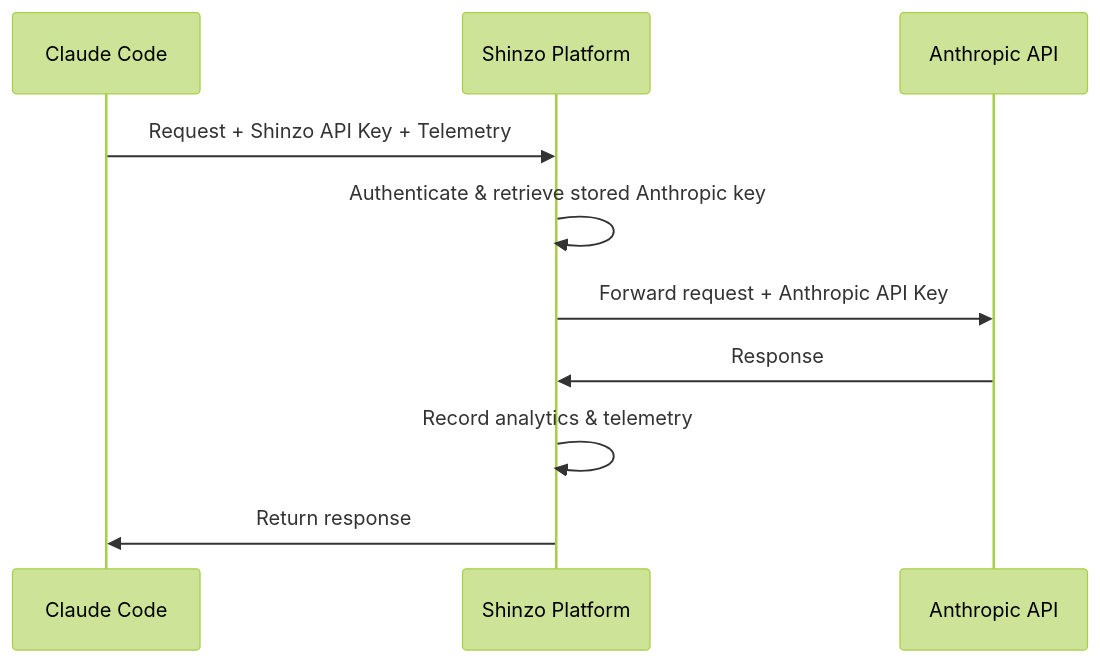
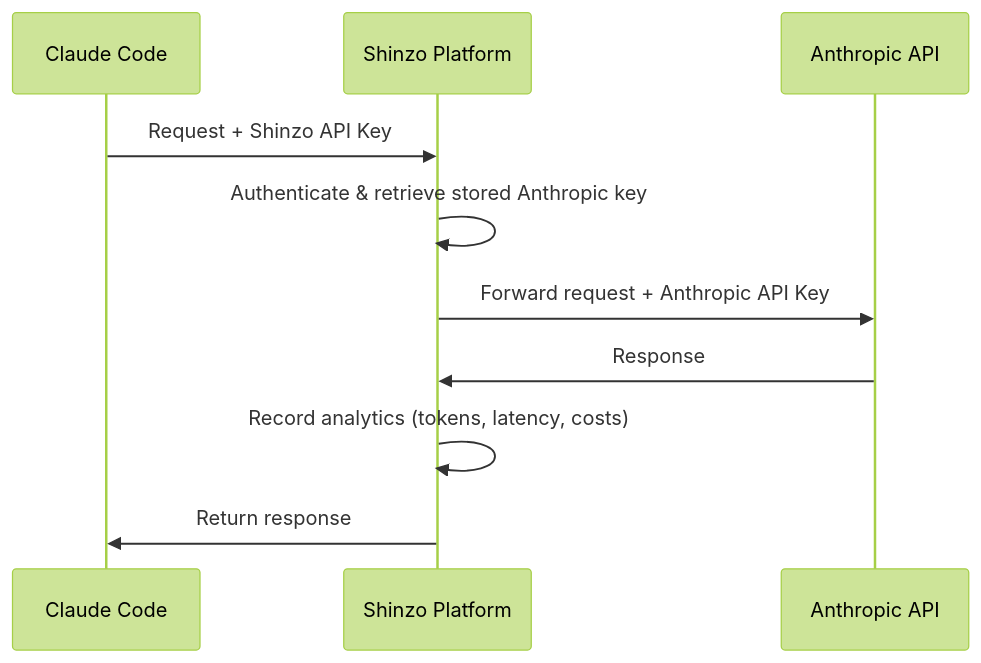
Before and after one commit to shinzo-labs/docs: the diagram in ai-tools/claude-code.mdx, drawn with Mermaid (forest theme). The commit also changed other lines of this file and 1 other file, not shown here.

First line of the commit message:
Rewrite Claude Code and Anthropic SDK docs with real onboarding flow

````diff
--- a/ai-tools/claude-code.mdx
+++ b/ai-tools/claude-code.mdx
@@ -17,13 +14,13 @@
 ```mermaid
 sequenceDiagram
     participant CC as Claude Code
     participant S as Shinzo Platform
     participant A as Anthropic API
 
-    CC->>S: Request + Shinzo API Key + Telemetry
+    CC->>S: Request + Shinzo API Key
     S->>S: Authenticate & retrieve stored Anthropic key
     S->>A: Forward request + Anthropic API Key
     A->>S: Response
-    S->>S: Record analytics & telemetry
+    S->>S: Record analytics (tokens, latency, costs)
     S->>CC: Return response
 ```
````
